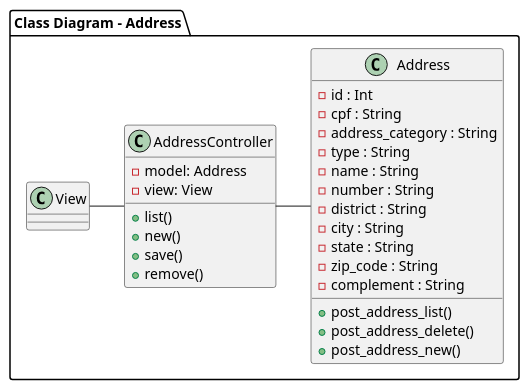
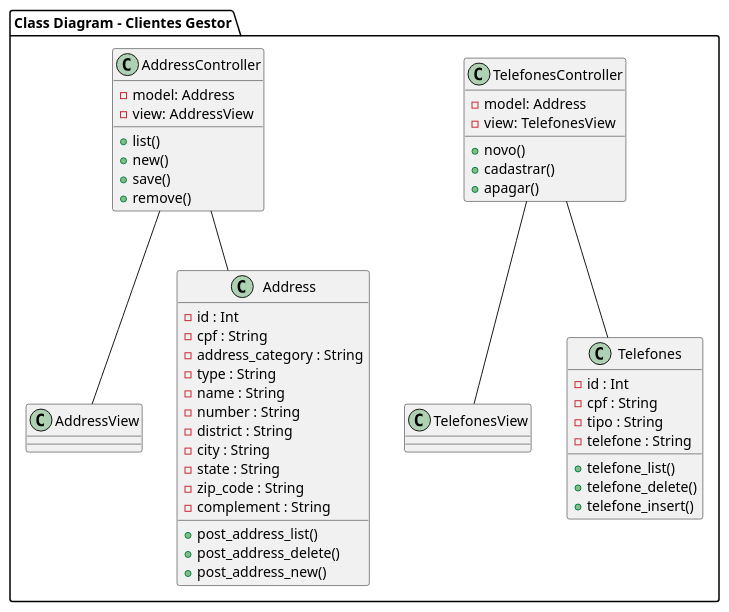
Before and after one commit to douglascarlos-dev/Clientes-Gestor: the diagram in modelagem/diagrama_de_classe_address.plantuml, drawn with PlantUML. The commit also changed 4 other files, not shown here.

Commit message:
:memo: Atualização da documentação e diagramas de UML.

```diff
--- a/modelagem/diagrama_de_classe_address.plantuml
+++ b/modelagem/diagrama_de_classe_address.plantuml
@@ -1,37 +1,58 @@
 @startuml Class Diagram
 
-package "Class Diagram - Address" {
+package "Class Diagram - Clientes Gestor" {
 
-AddressController -left- View
-AddressController -right- Address
+TelefonesController -- TelefonesView
+TelefonesController -- Telefones
+
+AddressController -- AddressView
+AddressController -- Address
 
 class AddressController {
     -model: Address
-    -view: View
+    -view: AddressView
     +list()
     +new()
     +save()
     +remove()
+}
+
+class TelefonesController {
+    -model: Address
+    -view: TelefonesView
+    +novo()
+    +cadastrar()
+    +apagar()
 }
 
 class Address {
     -id : Int
     -cpf : String
     -address_category : String
     -type : String
     -name : String
     -number : String
     -district : String
     -city : String
     -state : String
     -zip_code : String
     -complement : String
     +post_address_list()
     +post_address_delete()
     +post_address_new()
 }
 
-class View {
+class Telefones {
+    -id : Int
+    -cpf : String
+    -tipo : String
+    -telefone : String
+    +telefone_list()
+    +telefone_delete()
+    +telefone_insert()
+}
+
+class AddressView {
 }
 
 @enduml
```
